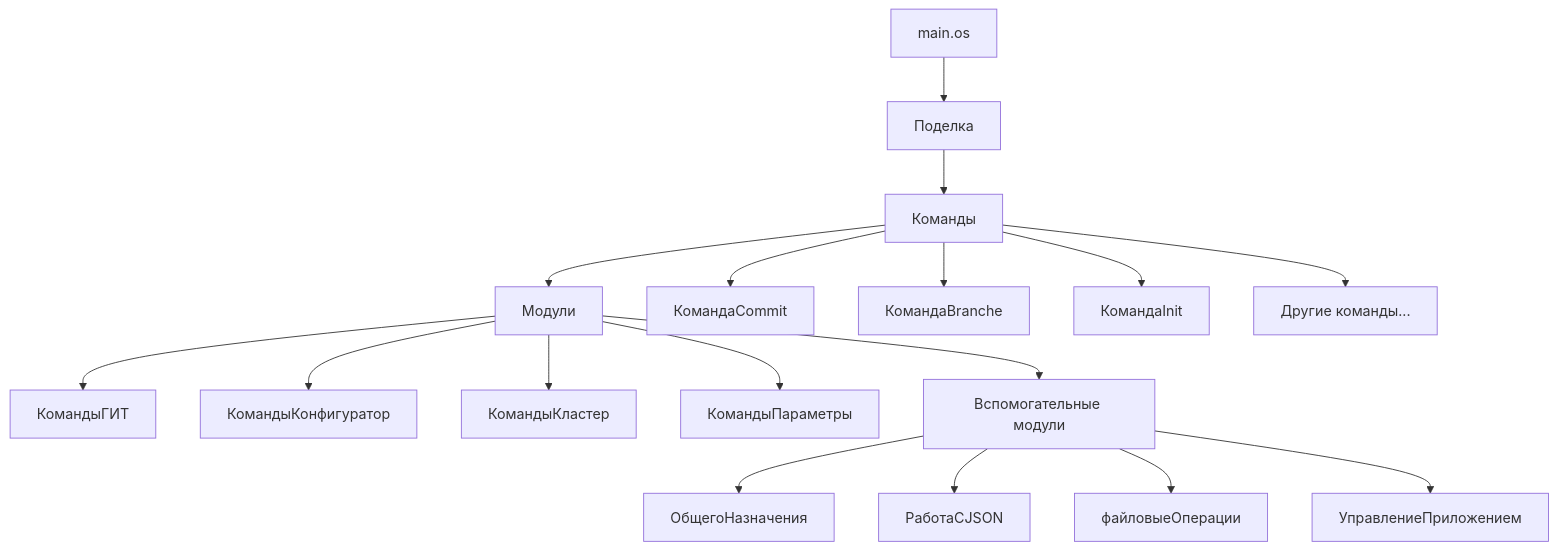
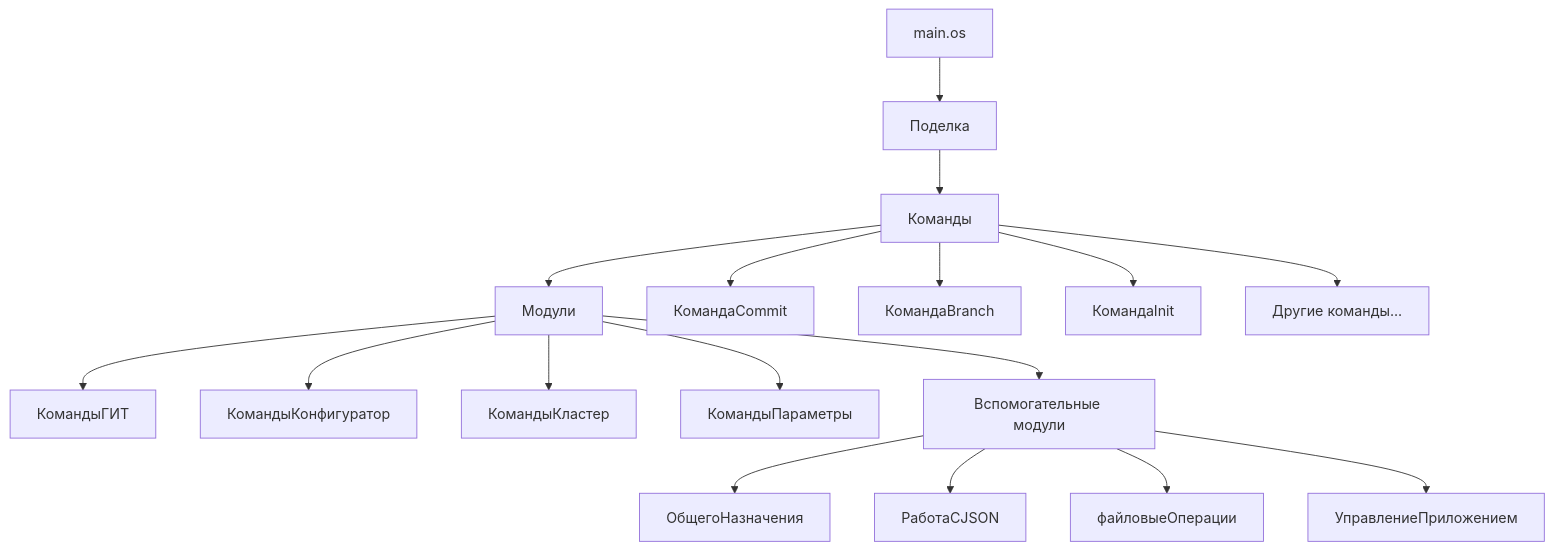
The first of 3 diagrams in ARCHITECTURE.md (Untru/autumn-cli-deploy), drawn with Mermaid before and after one commit. The commit also changed other lines of this file and 12 other files, not shown here.

````diff
--- a/ARCHITECTURE.md
+++ b/ARCHITECTURE.md
@@ -9,22 +9,22 @@
 ```mermaid
 graph TB
     A[main.os] --> B[Поделка]
     B --> C[Команды]
     C --> D[Модули]
     
     C --> C1[КомандаCommit]
-    C --> C2[КомандаBranche]
+    C --> C2[КомандаBranch]
     C --> C3[КомандаInit]
     C --> C4[Другие команды...]
     
     D --> D1[КомандыГИТ]
     D --> D2[КомандыКонфигуратор]
     D --> D3[КомандыКластер]
     D --> D4[КомандыПараметры]
     D --> D5[Вспомогательные модули]
     
     D5 --> D5a[ОбщегоНазначения]
     D5 --> D5b[РаботаСJSON]
     D5 --> D5c[файловыеОперации]
     D5 --> D5d[УправлениеПриложением]
 ```
````
